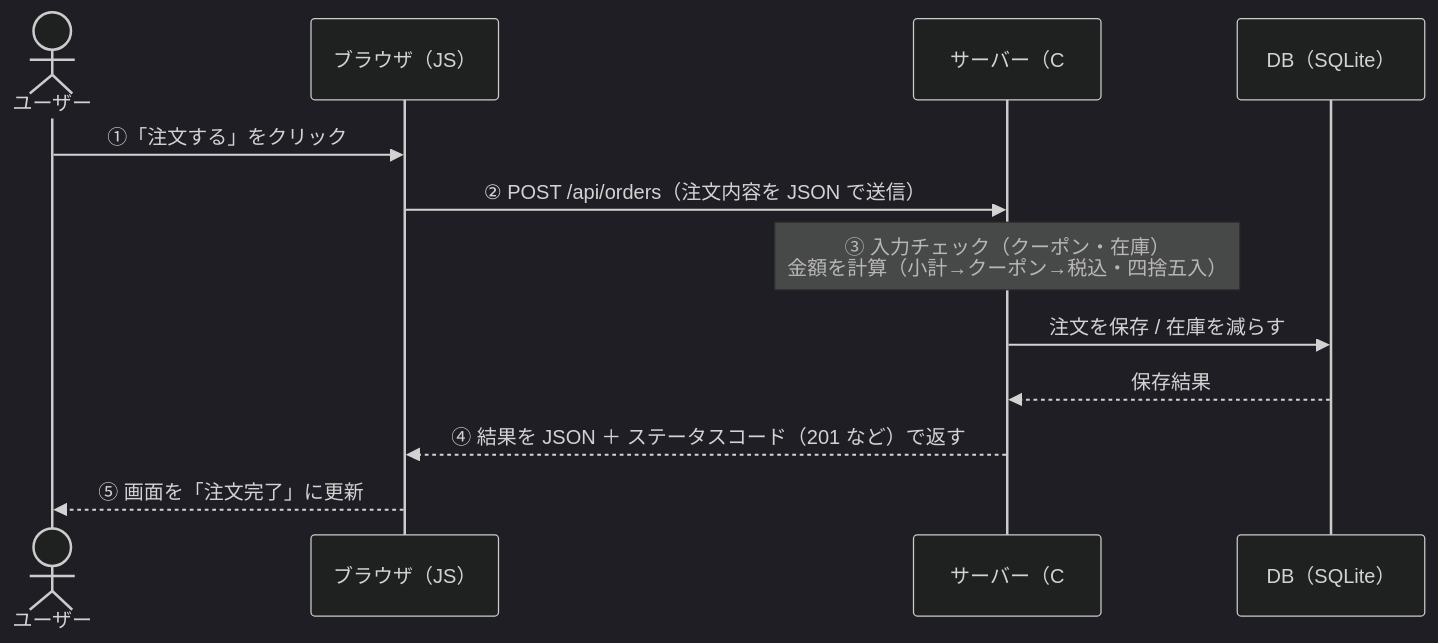
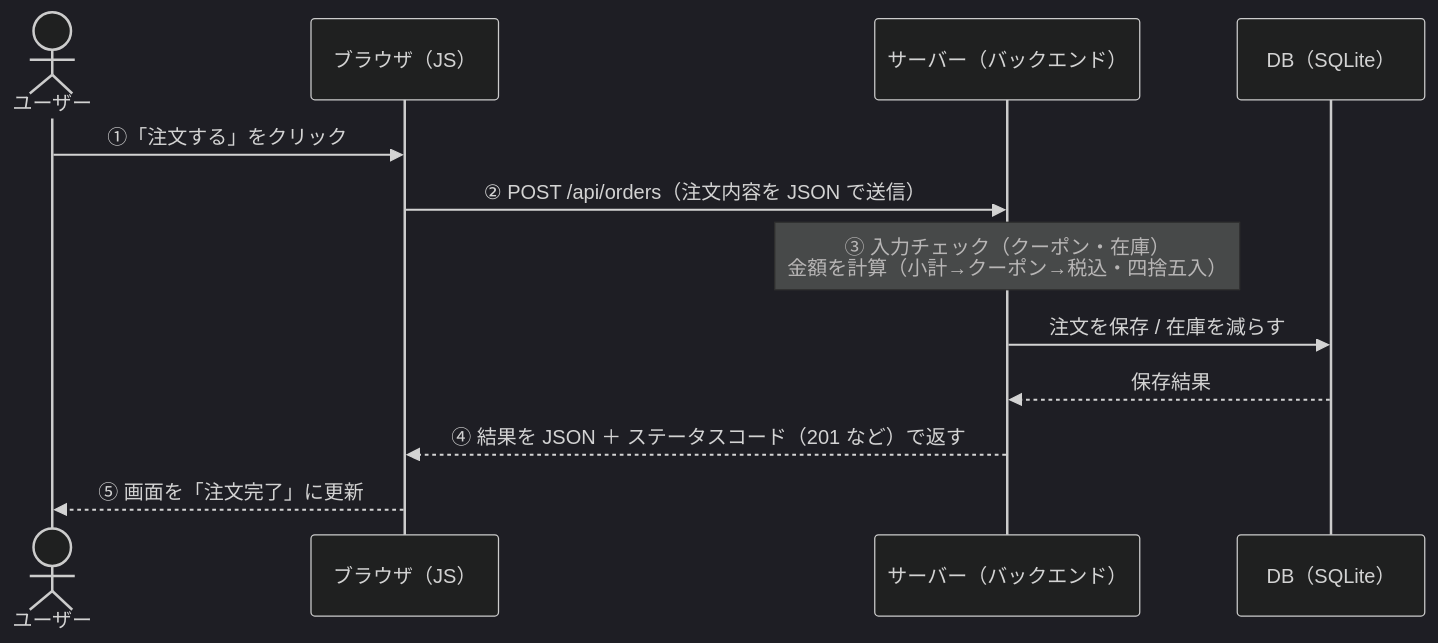
One commit to Vision-Programming-Training/training-shared changed the second of 2 diagrams in web/Web基礎.md. Above: the diagram before and after it, drawn with Mermaid (dark theme). The commit also changed other lines of this file, not shown here.

````diff
--- a/web/Web基礎.md
+++ b/web/Web基礎.md
@@ -168,15 +173,15 @@
 ```mermaid
 sequenceDiagram
     actor U as ユーザー
     participant B as ブラウザ（JS）
-    participant S as サーバー（C#）
+    participant S as サーバー（バックエンド）
     participant D as DB（SQLite）
 
     U->>B: ①「注文する」をクリック
     B->>S: ② POST /api/orders（注文内容を JSON で送信）
     Note over S: ③ 入力チェック（クーポン・在庫）<br>金額を計算（小計→クーポン→税込・四捨五入）
     S->>D: 注文を保存 / 在庫を減らす
     D-->>S: 保存結果
     S-->>B: ④ 結果を JSON ＋ ステータスコード（201 など）で返す
     B-->>U: ⑤ 画面を「注文完了」に更新
 ```
````
